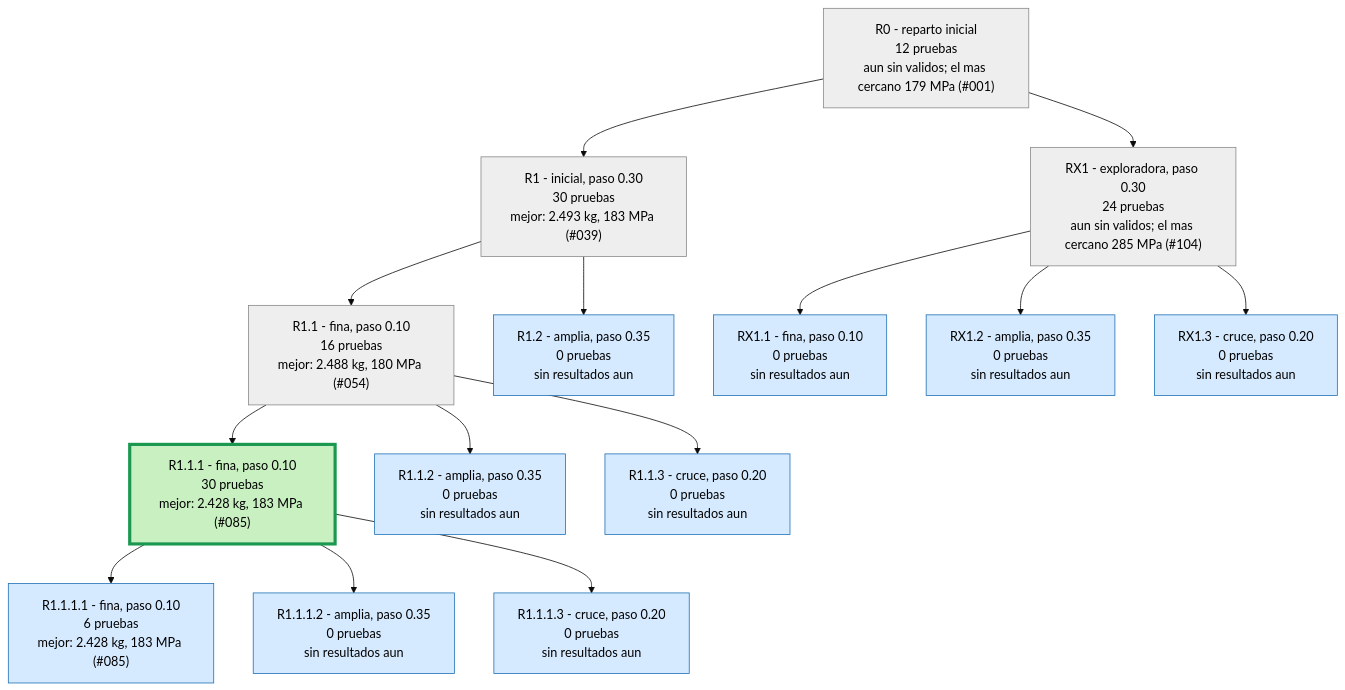
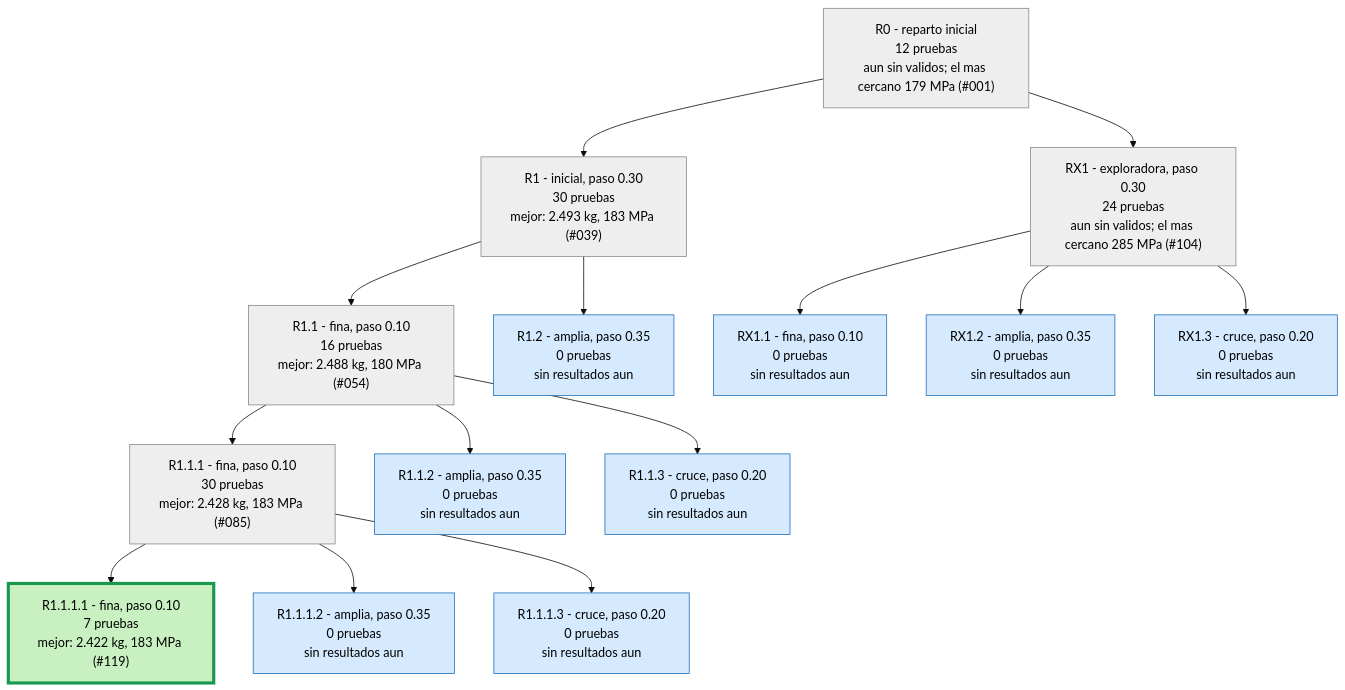
Before and after one commit to Hugiko/msd-soporte-optimizacion: the second of 3 diagrams in runs/opt_37800N/ARBOL.md, drawn with Mermaid (base theme). The commit also changed 43 other files, not shown here.

Commit message:
NUEVO MEJOR DISENO: 2.422 kg, 183 MPa (Refuerzo + vaciado 119)

````diff
--- a/runs/opt_37800N/ARBOL.md
+++ b/runs/opt_37800N/ARBOL.md
@@ -29,33 +29,33 @@
 ```mermaid
 graph TD
 classDef activa fill:#d6eaff,stroke:#1f6fb5,color:#000
 classDef fin fill:#eeeeee,stroke:#888,color:#000
 classDef mejor fill:#c8f0c0,stroke:#1a9850,stroke-width:4px,color:#000
 R0["R0 - reparto inicial<br/>12 pruebas<br/>aun sin validos; el mas cercano 179 MPa (#001)"]:::fin
 R1["R1 - inicial, paso 0.30<br/>30 pruebas<br/>mejor: 2.493 kg, 183 MPa (#039)"]:::fin
 R0 --> R1
 R1_1["R1.1 - fina, paso 0.10<br/>16 pruebas<br/>mejor: 2.488 kg, 180 MPa (#054)"]:::fin
 R1 --> R1_1
 R1_2["R1.2 - amplia, paso 0.35<br/>0 pruebas<br/>sin resultados aun"]:::activa
 R1 --> R1_2
-R1_1_1["R1.1.1 - fina, paso 0.10<br/>30 pruebas<br/>mejor: 2.428 kg, 183 MPa (#085)"]:::mejor
+R1_1_1["R1.1.1 - fina, paso 0.10<br/>30 pruebas<br/>mejor: 2.428 kg, 183 MPa (#085)"]:::fin
 R1_1 --> R1_1_1
 R1_1_2["R1.1.2 - amplia, paso 0.35<br/>0 pruebas<br/>sin resultados aun"]:::activa
 R1_1 --> R1_1_2
 R1_1_3["R1.1.3 - cruce, paso 0.20<br/>0 pruebas<br/>sin resultados aun"]:::activa
 R1_1 --> R1_1_3
-R1_1_1_1["R1.1.1.1 - fina, paso 0.10<br/>6 pruebas<br/>mejor: 2.428 kg, 183 MPa (#085)"]:::activa
+R1_1_1_1["R1.1.1.1 - fina, paso 0.10<br/>7 pruebas<br/>mejor: 2.422 kg, 183 MPa (#119)"]:::mejor
 R1_1_1 --> R1_1_1_1
 R1_1_1_2["R1.1.1.2 - amplia, paso 0.35<br/>0 pruebas<br/>sin resultados aun"]:::activa
 R1_1_1 --> R1_1_1_2
 R1_1_1_3["R1.1.1.3 - cruce, paso 0.20<br/>0 pruebas<br/>sin resultados aun"]:::activa
 R1_1_1 --> R1_1_1_3
 RX1["RX1 - exploradora, paso 0.30<br/>24 pruebas<br/>aun sin validos; el mas cercano 285 MPa (#104)"]:::fin
 R0 --> RX1
 RX1_1["RX1.1 - fina, paso 0.10<br/>0 pruebas<br/>sin resultados aun"]:::activa
 RX1 --> RX1_1
 RX1_2["RX1.2 - amplia, paso 0.35<br/>0 pruebas<br/>sin resultados aun"]:::activa
 RX1 --> RX1_2
 RX1_3["RX1.3 - cruce, paso 0.20<br/>0 pruebas<br/>sin resultados aun"]:::activa
 RX1 --> RX1_3
 ```
````
